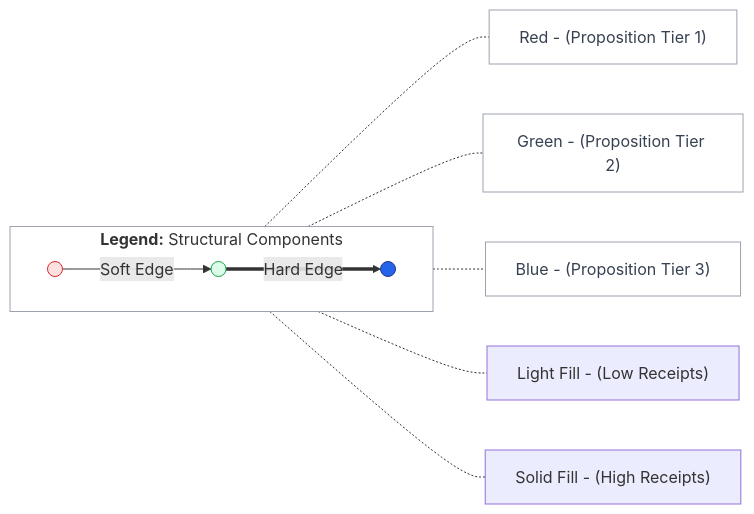
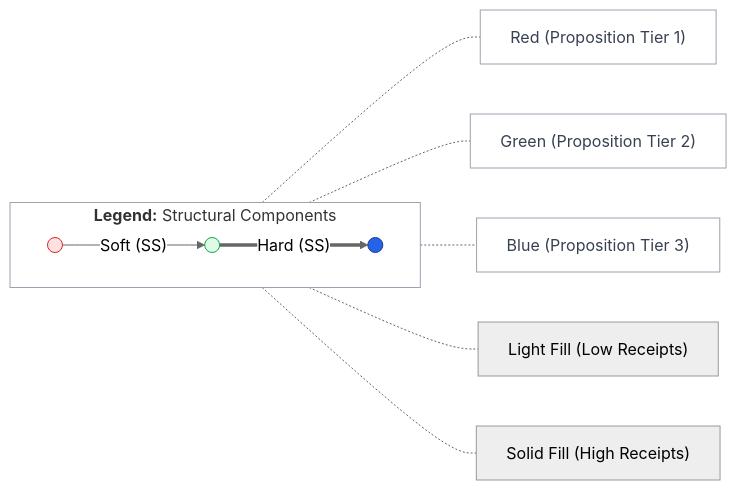
One commit to clairemira/miranova changed the third of 8 diagrams in content/commons/01-overview.mdx. Above: the diagram before and after it, drawn with Mermaid. The commit also changed other lines of this file, not shown here.

Commit message:
Updated docs and added more graphs

````diff
--- a/content/commons/01-overview.mdx
+++ b/content/commons/01-overview.mdx
@@ -407,36 +377,42 @@
 ```mermaid
+---
+config:
+  flowchart:
+    curve: basis
+  theme: neutral
+---
 flowchart LR
   subgraph MAIN["<strong>Legend:</strong> Structural Components"]
     direction LR
     R(( ))
     G(( ))
     B(( ))
-    R -- "Soft Edge" --> G
-    G == "Hard Edge" ==> B
+    R -- "Soft (SS)" --> G
+    G == "Hard (SS)" ==> B
   end
 
-  KEY1["Red - (Proposition Tier 1)"]
-  KEY2["Green - (Proposition Tier 2)"]
-  KEY3["Blue - (Proposition Tier 3)"]
-  KEY4["Light Fill - (Low Receipts)"]
-  KEY5["Solid Fill - (High Receipts)"]
+  KEY1["Red (Proposition Tier 1)"]
+  KEY2["Green (Proposition Tier 2)"]
+  KEY3["Blue (Proposition Tier 3)"]
+  KEY4["Light Fill (Low Receipts)"]
+  KEY5["Solid Fill (High Receipts)"]
 
   R -.- KEY1
   G -.- KEY2
   B -.- KEY3
   R -.- KEY4
   B -.- KEY5
 
   class R rLight
   class G gLight
   class B bSolid
 
   classDef rLight fill:#fee2e2,stroke:#dc2626,color:#7f1d1d
   classDef gLight fill:#dcfce7,stroke:#16a34a,color:#14532d
   classDef bSolid fill:#2563eb,stroke:#1e3a8a,color:#fff
 
   style KEY1 fill:transparent,stroke:#9ca3af,color:#374151
   style KEY2 fill:transparent,stroke:#9ca3af,color:#374151
   style KEY3 fill:transparent,stroke:#9ca3af,color:#374151
   style MAIN fill:transparent,stroke:#9ca3af
 ```
````
